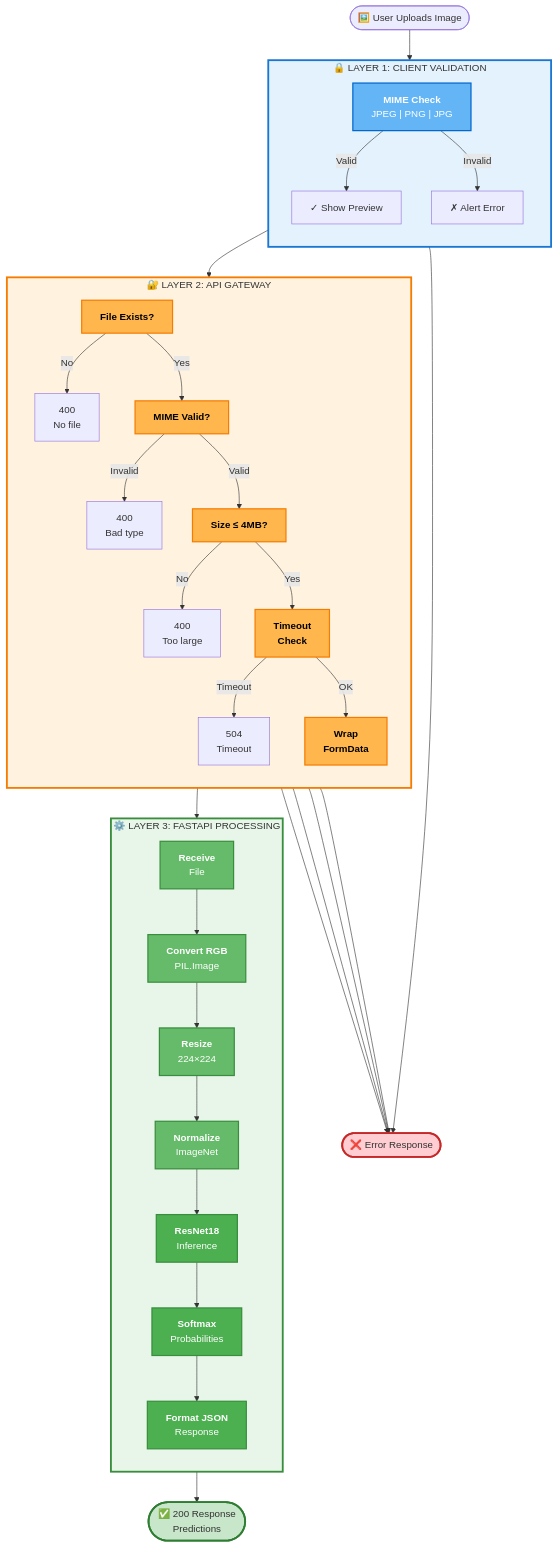
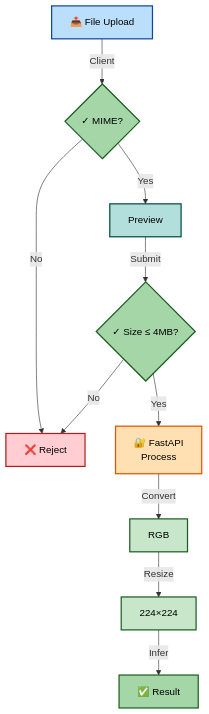
One commit to itssmdsh/MediScan changed the fifth of 6 diagrams in DOCUMENTATION.md. Above: the diagram before and after it, drawn with Mermaid. The commit also changed other lines of this file, not shown here.

````diff
--- a/DOCUMENTATION.md
+++ b/DOCUMENTATION.md
@@ -582,68 +354,22 @@
 ```mermaid
 graph TD
-    Start(["🖼️ User Uploads Image"])
+    A["📤 File Upload"] -->|Client| B{"✓ MIME?"}
+    B -->|Yes| C["Preview"]
+    B -->|No| E["❌ Reject"]
+    C -->|Submit| D{"✓ Size ≤ 4MB?"}
+    D -->|Yes| F["🔐 FastAPI<br/>Process"]
+    D -->|No| E
+    F -->|Convert| G["RGB"]
+    G -->|Resize| H["224×224"]
+    H -->|Infer| I["✅ Result"]
     
-    subgraph Layer1["🔒 LAYER 1: CLIENT VALIDATION"]
-        direction TB
-        A["<b>MIME Check</b><br/>JPEG | PNG | JPG"]
-        A -->|Valid| A1["✓ Show Preview"]
-        A -->|Invalid| A2["✗ Alert Error"]
-    end
-    
-    subgraph Layer2["🔐 LAYER 2: API GATEWAY"]
-        direction TB
-        B["<b>File Exists?</b>"]
-        B -->|No| B1["400<br/>No file"]
-        B -->|Yes| C["<b>MIME Valid?</b>"]
-        C -->|Invalid| C1["400<br/>Bad type"]
-        C -->|Valid| D["<b>Size ≤ 4MB?</b>"]
-        D -->|No| D1["400<br/>Too large"]
-        D -->|Yes| E["<b>Timeout<br/>Check</b>"]
-        E -->|Timeout| E1["504<br/>Timeout"]
-        E -->|OK| F["<b>Wrap<br/>FormData</b>"]
-    end
-    
-    subgraph Layer3["⚙️ LAYER 3: FASTAPI PROCESSING"]
-        direction TB
-        G["<b>Receive</b><br/>File"]
-        G --> H["<b>Convert RGB</b><br/>PIL.Image"]
-        H --> I["<b>Resize</b><br/>224×224"]
-        I --> J["<b>Normalize</b><br/>ImageNet"]
-        J --> K["<b>ResNet18</b><br/>Inference"]
-        K --> L["<b>Softmax</b><br/>Probabilities"]
-        L --> M["<b>Format JSON</b><br/>Response"]
-    end
-    
-    Success(["✅ 200 Response<br/>Predictions"])
-    
-    Start --> A1
-    A1 --> B
-    F --> G
-    M --> Success
-    A2 --> Error(["❌ Error Response"])
-    B1 --> Error
-    C1 --> Error
-    D1 --> Error
-    E1 --> Error
-    
-    style Layer1 fill:#e3f2fd,stroke:#1976d2,stroke-width:3px
-    style Layer2 fill:#fff3e0,stroke:#f57c00,stroke-width:3px
-    style Layer3 fill:#e8f5e9,stroke:#388e3c,stroke-width:3px
-    
-    style A fill:#64b5f6,stroke:#0066cc,stroke-width:2px,color:#fff
-    style B fill:#ffb74d,stroke:#f57c00,stroke-width:2px,color:#000
-    style C fill:#ffb74d,stroke:#f57c00,stroke-width:2px,color:#000
-    style D fill:#ffb74d,stroke:#f57c00,stroke-width:2px,color:#000
-    style E fill:#ffb74d,stroke:#f57c00,stroke-width:2px,color:#000
-    style F fill:#ffb74d,stroke:#f57c00,stroke-width:2px,color:#000
-    style G fill:#66bb6a,stroke:#388e3c,stroke-width:2px,color:#fff
-    style H fill:#66bb6a,stroke:#388e3c,stroke-width:2px,color:#fff
-    style I fill:#66bb6a,stroke:#388e3c,stroke-width:2px,color:#fff
-    style J fill:#66bb6a,stroke:#388e3c,stroke-width:2px,color:#fff
-    style K fill:#4caf50,stroke:#388e3c,stroke-width:2px,color:#fff
-    style L fill:#4caf50,stroke:#388e3c,stroke-width:2px,color:#fff
-    style M fill:#4caf50,stroke:#388e3c,stroke-width:2px,color:#fff
-    
-    style Success fill:#c8e6c9,stroke:#2e7d32,stroke-width:3px
-    style Error fill:#ffcdd2,stroke:#c62828,stroke-width:3px
+    style A fill:#bbdefb,stroke:#0d47a1,stroke-width:2px,color:#000
+    style B fill:#a5d6a7,stroke:#1b5e20,stroke-width:2px,color:#000
+    style D fill:#a5d6a7,stroke:#1b5e20,stroke-width:2px,color:#000
+    style C fill:#b2dfdb,stroke:#004d40,stroke-width:2px,color:#000
+    style E fill:#ffcdd2,stroke:#b71c1c,stroke-width:2px,color:#000
+    style F fill:#ffe0b2,stroke:#e65100,stroke-width:2px,color:#000
+    style G fill:#c8e6c9,stroke:#1b5e20,stroke-width:2px,color:#000
+    style H fill:#c8e6c9,stroke:#1b5e20,stroke-width:2px,color:#000
+    style I fill:#a5d6a7,stroke:#1b5e20,stroke-width:2px,color:#000
 ```
````
